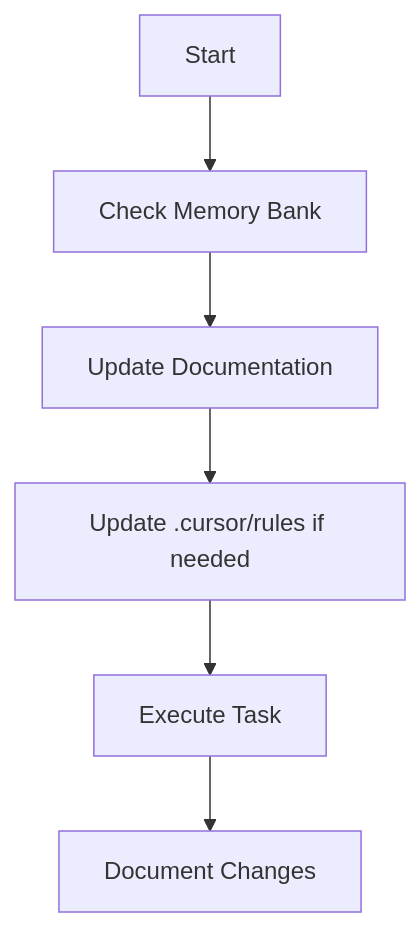
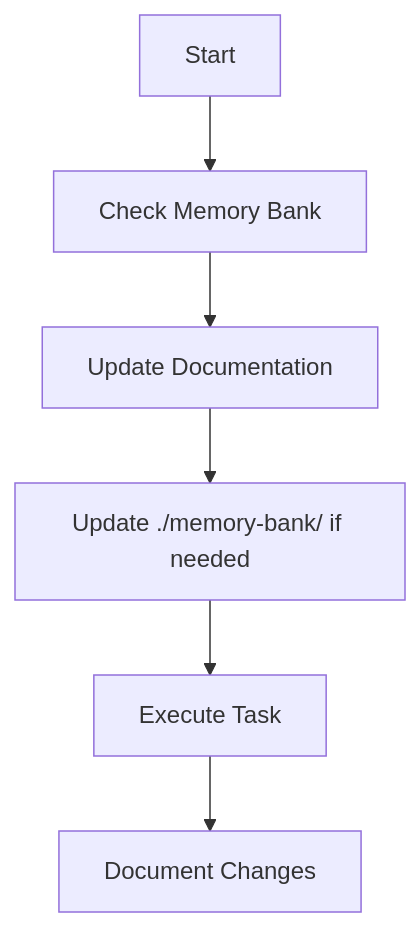
One commit to CHORUS-TRE/chorus-backend changed the third of 5 diagrams in .cursor/rules/memory-bank.mdc. Above: the diagram before and after it, drawn with Mermaid. The commit also changed other lines of this file and 4 other files, not shown here.

Commit message:
Update Memory Bank documentation to reflect the latest project structure

````diff
--- a/.cursor/rules/memory-bank.mdc
+++ b/.cursor/rules/memory-bank.mdc
@@ -94,8 +94,8 @@
 ```mermaid
 flowchart TD
     Start[Start] --> Context[Check Memory Bank]
     Context --> Update[Update Documentation]
-    Update --> Rules[Update .cursor/rules if needed]
+    Update --> Rules[Update ./memory-bank/ if needed]
     Rules --> Execute[Execute Task]
     Execute --> Document[Document Changes]
 ```
````
